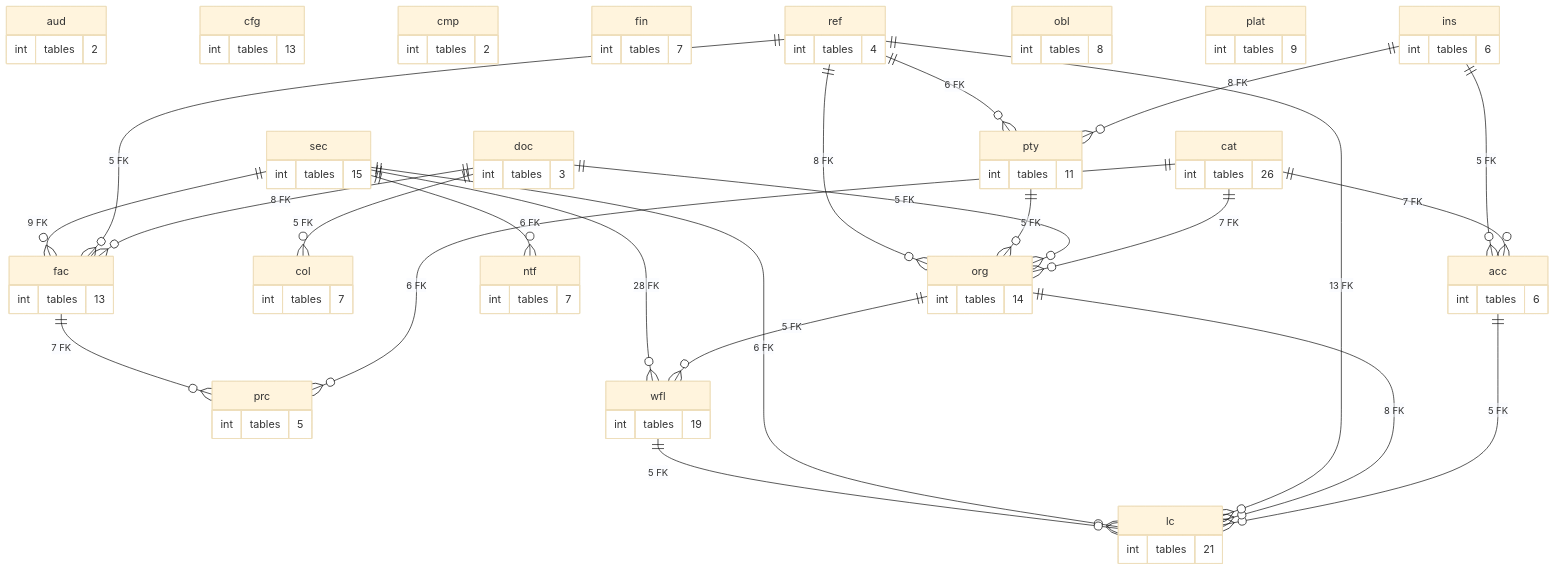
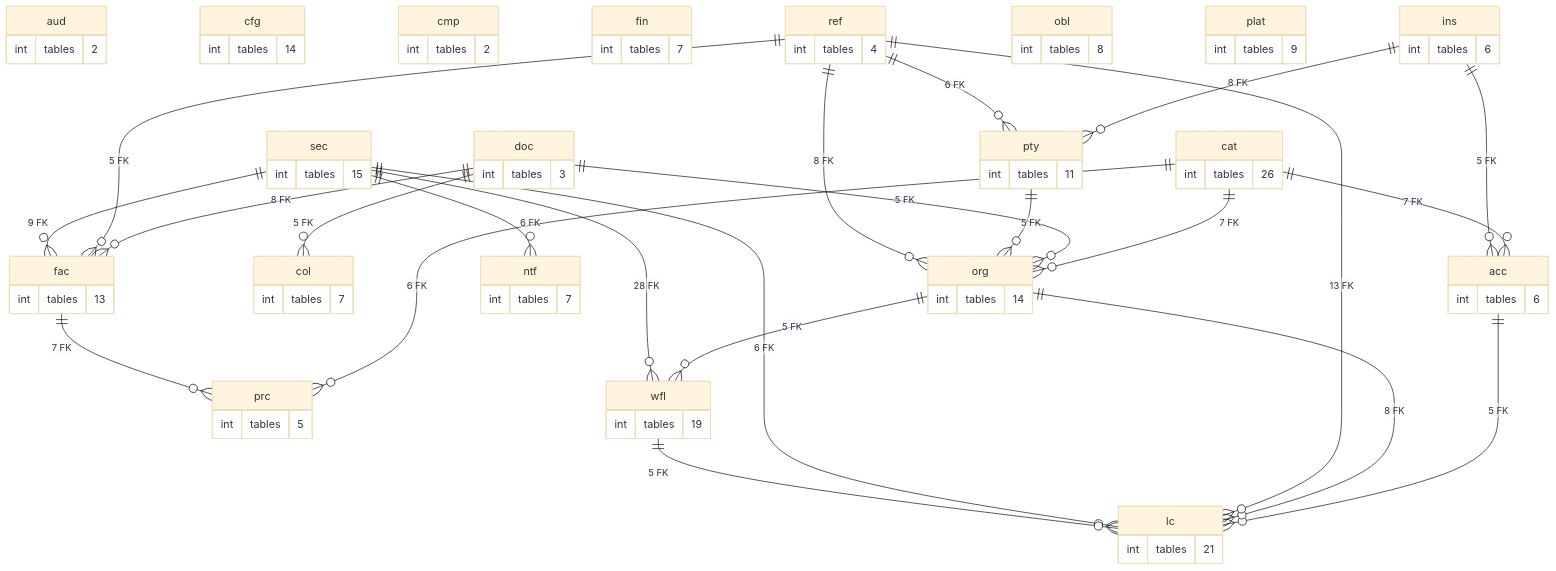
One commit to thawrasy/smartlines changed the diagram in treasury-platform/docs/diagrams/erd/schema_map.mmd. Above: the diagram before and after it, drawn with Mermaid (base theme). The commit also changed 78 other files, not shown here.

First line of the commit message:
Design-and-ERD document and its diagrams rebuilt for the S1 entry conditions

```diff
--- a/treasury-platform/docs/diagrams/erd/schema_map.mmd
+++ b/treasury-platform/docs/diagrams/erd/schema_map.mmd
@@ -1,84 +1,84 @@
 %% خريطة المخططات: العلاقة = عدد المفاتيح الأجنبية بين المخططين (≥ 5)
 erDiagram
   acc {
     int tables "6"
   }
   aud {
     int tables "2"
   }
   cat {
     int tables "26"
   }
   cfg {
-    int tables "13"
+    int tables "14"
   }
   cmp {
     int tables "2"
   }
   col {
     int tables "7"
   }
   doc {
     int tables "3"
   }
   fac {
     int tables "13"
   }
   fin {
     int tables "7"
   }
   ins {
     int tables "6"
   }
   lc {
     int tables "21"
   }
   ntf {
     int tables "7"
   }
   obl {
     int tables "8"
   }
   org {
     int tables "14"
   }
   plat {
     int tables "9"
   }
   prc {
     int tables "5"
   }
   pty {
     int tables "11"
   }
   ref {
     int tables "4"
   }
   sec {
     int tables "15"
   }
   wfl {
     int tables "19"
   }
   acc ||--o{ lc : "5 FK"
   cat ||--o{ acc : "7 FK"
   cat ||--o{ org : "7 FK"
   cat ||--o{ prc : "6 FK"
   doc ||--o{ col : "5 FK"
   doc ||--o{ fac : "8 FK"
   doc ||--o{ org : "5 FK"
   fac ||--o{ prc : "7 FK"
   ins ||--o{ acc : "5 FK"
   ins ||--o{ pty : "8 FK"
   org ||--o{ lc : "8 FK"
   org ||--o{ wfl : "5 FK"
   pty ||--o{ org : "5 FK"
   ref ||--o{ fac : "5 FK"
   ref ||--o{ lc : "13 FK"
   ref ||--o{ org : "8 FK"
   ref ||--o{ pty : "6 FK"
   sec ||--o{ fac : "9 FK"
   sec ||--o{ lc : "6 FK"
   sec ||--o{ ntf : "6 FK"
   sec ||--o{ wfl : "28 FK"
   wfl ||--o{ lc : "5 FK"
```
